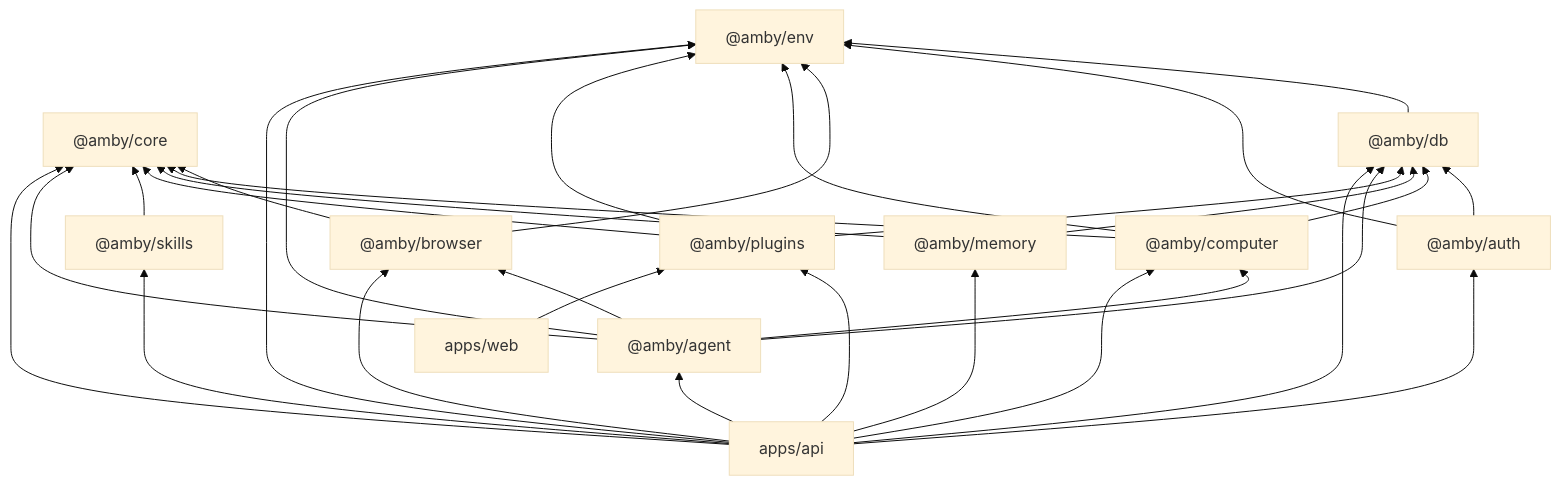
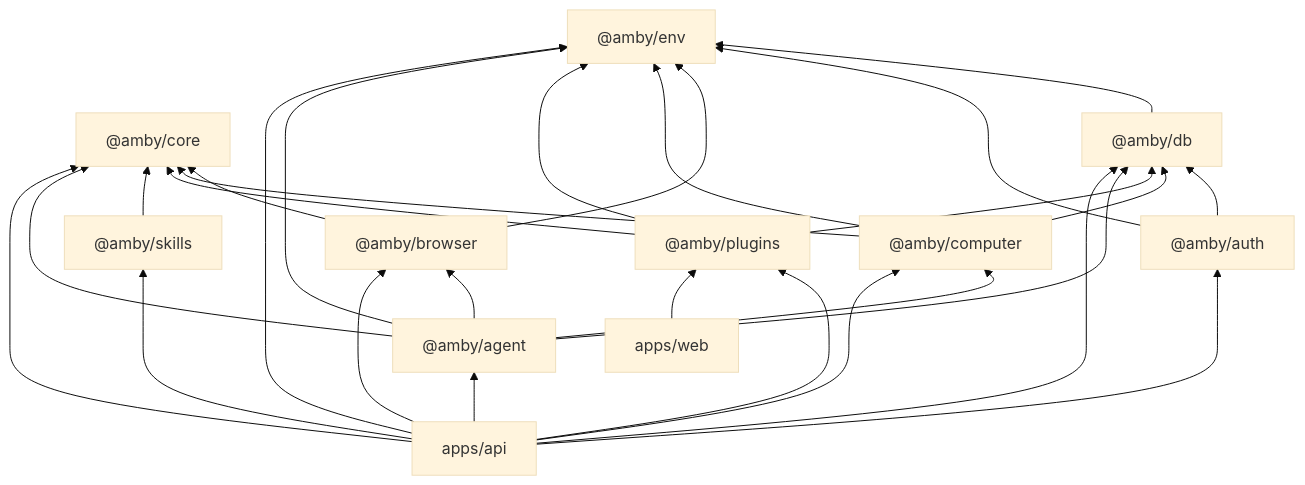
Before and after one commit to punitarani/amby: the first of 2 diagrams in docs/ARCHITECTURE.md, drawn with Mermaid (base theme). The commit also changed other lines of this file and 25 other files, not shown here.

````diff
--- a/docs/ARCHITECTURE.md
+++ b/docs/ARCHITECTURE.md
@@ -7,35 +7,32 @@
 ```mermaid
 graph BT
     env["@amby/env"]
     core["@amby/core"]
     db["@amby/db"] --> env
     auth["@amby/auth"] --> db
     auth --> env
     browser["@amby/browser"] --> core
     browser --> env
     computer["@amby/computer"] --> core
     computer --> db
     computer --> env
-    memory["@amby/memory"] --> core
-    memory --> db
     plugins["@amby/plugins"] --> core
     plugins --> db
     plugins --> env
     skills["@amby/skills"] --> core
     agent["@amby/agent"] --> browser
     agent --> computer
     agent --> core
     agent --> db
     agent --> env
     api["apps/api"] --> agent
     api --> auth
     api --> browser
     api --> computer
     api --> core
     api --> db
     api --> env
-    api --> memory
     api --> plugins
     api --> skills
     web["apps/web"] --> plugins
 ```
````
